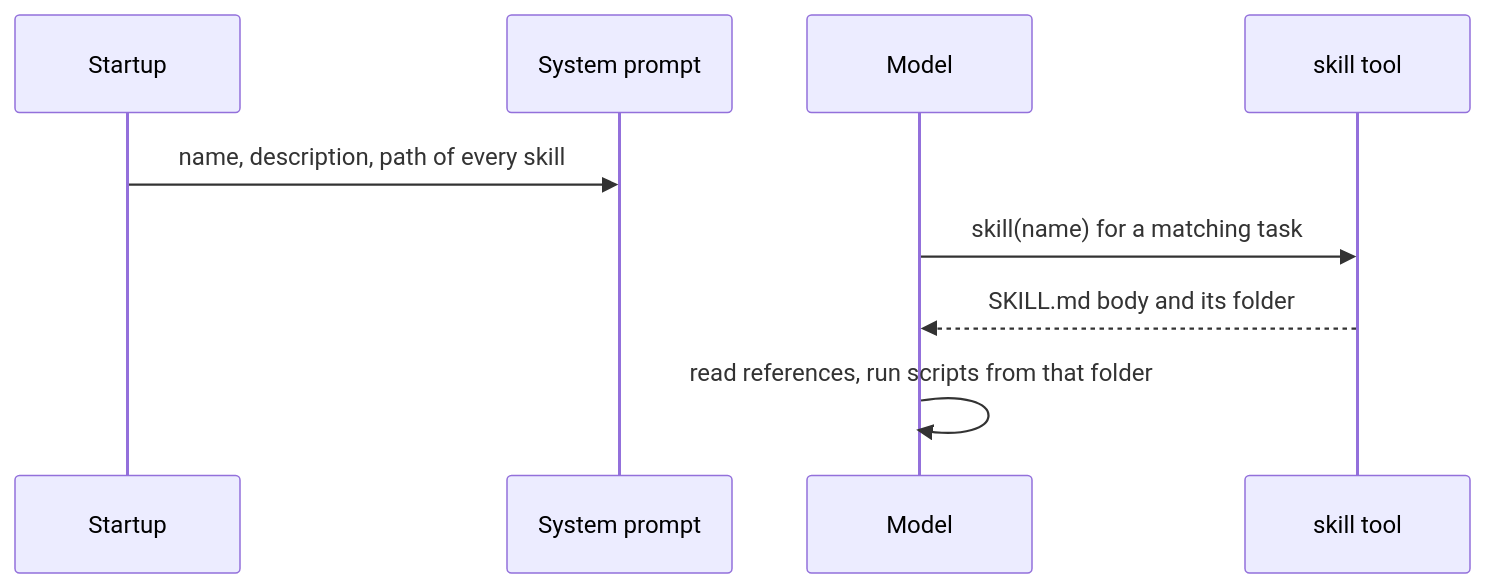
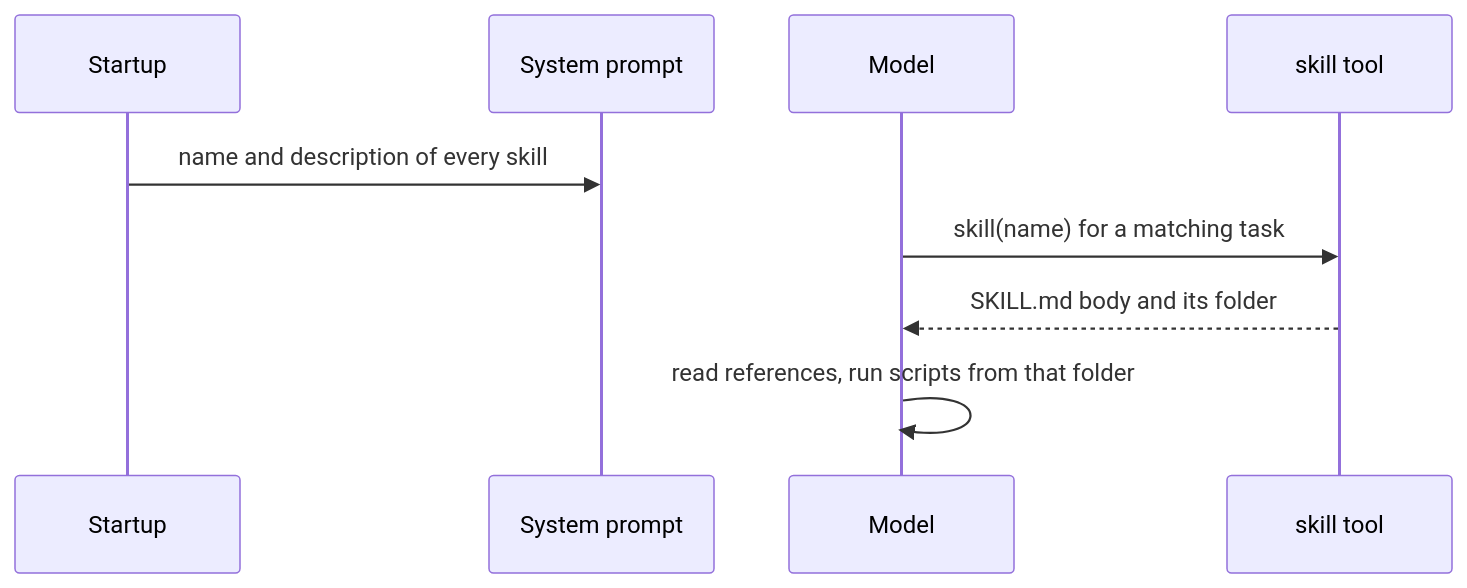
The third of 3 diagrams in packages/coding-agent/docs/skills.md (bgauryy/octocode-coding-agent), drawn with Mermaid before and after one commit. The commit also changed other lines of this file and 761 other files, not shown here.

````diff
--- a/packages/coding-agent/docs/skills.md
+++ b/packages/coding-agent/docs/skills.md
@@ -137,11 +137,11 @@
 ```mermaid
 sequenceDiagram
   participant S as Startup
   participant P as System prompt
   participant M as Model
   participant T as skill tool
-  S->>P: name, description, path of every skill
+  S->>P: name and description of every skill
   M->>T: skill(name) for a matching task
   T-->>M: SKILL.md body and its folder
   M->>M: read references, run scripts from that folder
 ```
````
